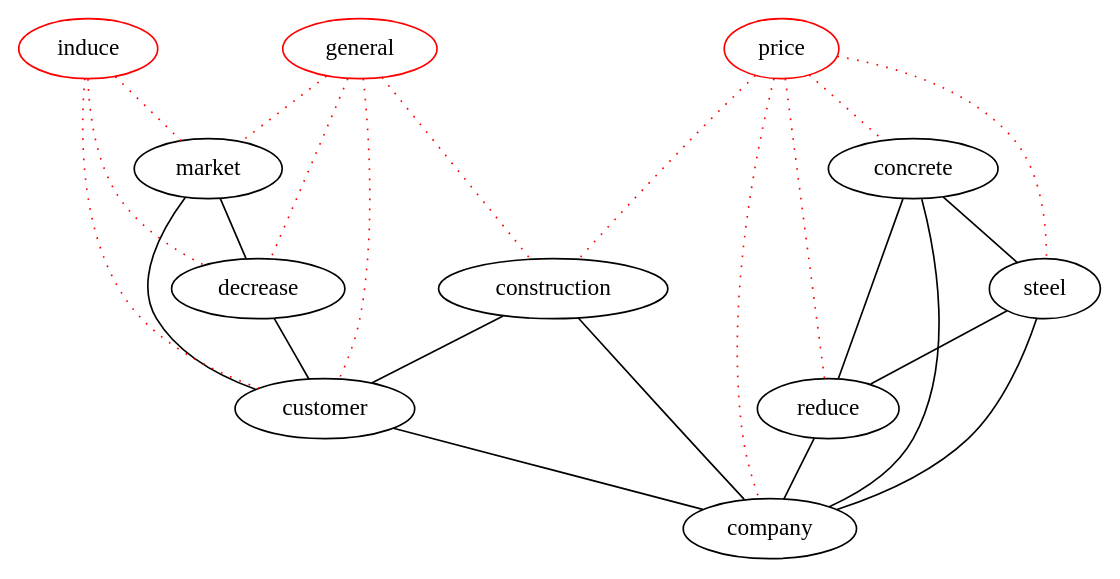
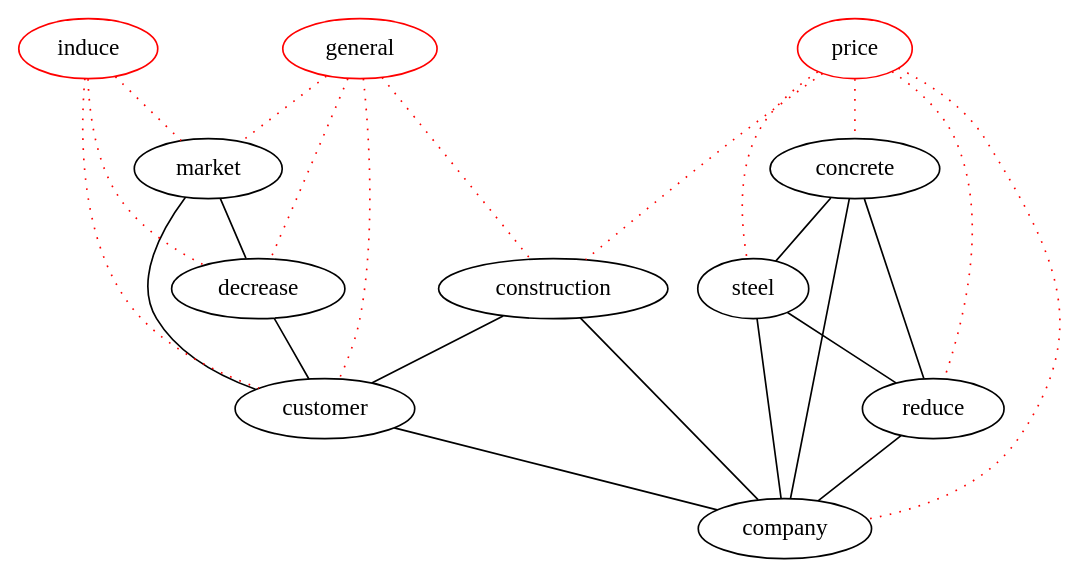
The diagram in dot/d2.dot (michaelweiss/keygraph), drawn with Graphviz before and after one commit. The commit also changed other lines of this file and 2 other files, not shown here.

```diff
--- a/dot/d2.dot
+++ b/dot/d2.dot
@@ -1,38 +1,38 @@
 graph keygraph {
 graph [size="10,10"]
-company [color="black"]
 customer [color="black"]
 market [color="black"]
+reduce [color="black"]
 decrease [color="black"]
-reduce [color="black"]
+construction [color="black"]
+company [color="black"]
+steel [color="black"]
 concrete [color="black"]
-construction [color="black"]
-steel [color="black"]
+general [color="red"]
+induce [color="red"]
 price [color="red"]
-induce [color="red"]
-general [color="red"]
 construction--customer
 construction--company
 concrete--reduce
 steel--reduce
 customer--company
 market--decrease
 market--customer
 decrease--customer
 concrete--steel
 concrete--company
 steel--company
 reduce--company
 induce--customer [color="red", style="dotted"]
 induce--market [color="red", style="dotted"]
 induce--decrease [color="red", style="dotted"]
 general--customer [color="red", style="dotted"]
 general--market [color="red", style="dotted"]
 general--decrease [color="red", style="dotted"]
 general--construction [color="red", style="dotted"]
+price--reduce [color="red", style="dotted"]
+price--construction [color="red", style="dotted"]
 price--company [color="red", style="dotted"]
-price--reduce [color="red", style="dotted"]
+price--steel [color="red", style="dotted"]
 price--concrete [color="red", style="dotted"]
-price--construction [color="red", style="dotted"]
-price--steel [color="red", style="dotted"]
 }
```
